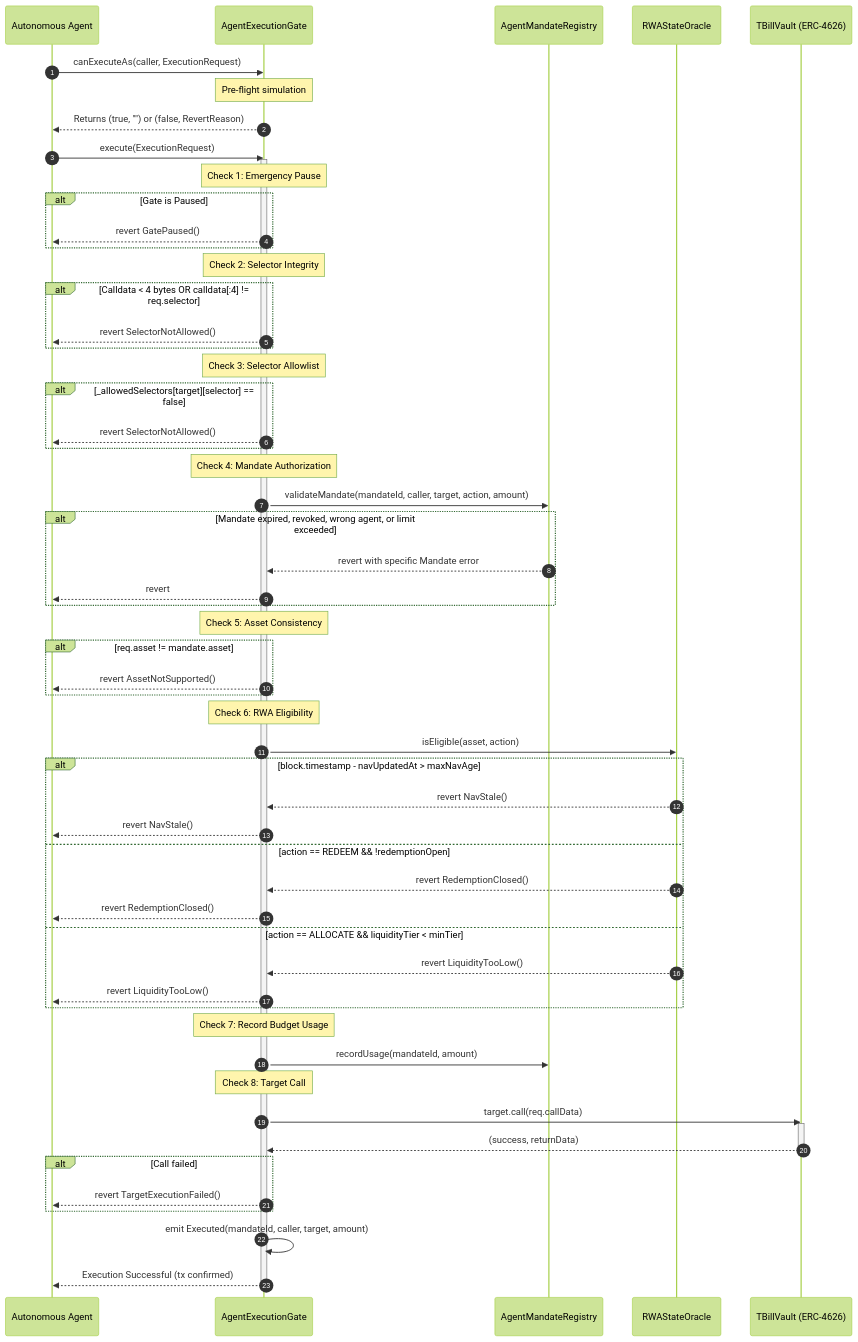
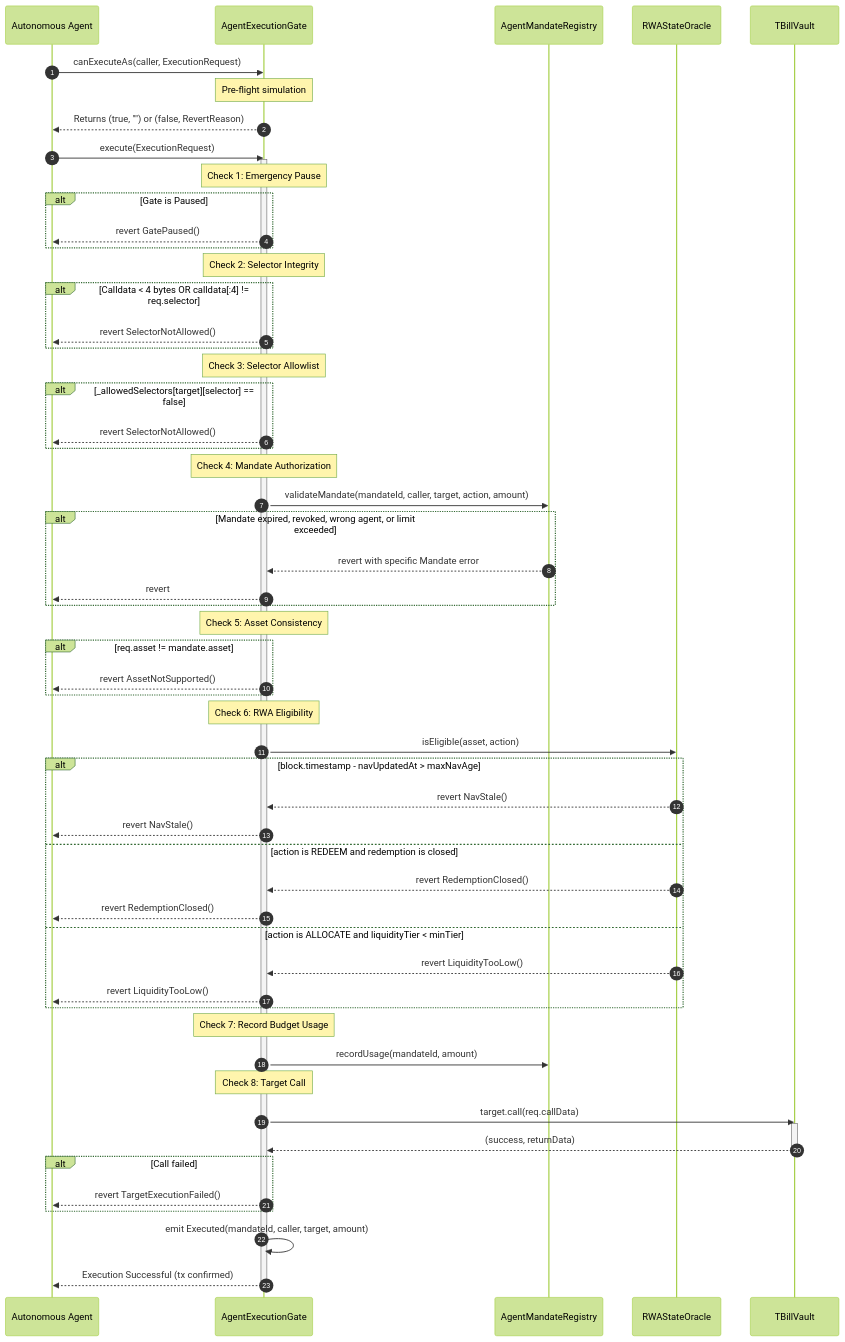
Before and after one commit to Prithiv04/T-BillFlow: the second of 2 diagrams in README.md, drawn with Mermaid (forest theme). The commit also changed other lines of this file, not shown here.

````diff
--- a/README.md
+++ b/README.md
@@ -149,73 +149,73 @@
 ```mermaid
 sequenceDiagram
     autonumber
     participant Agent as Autonomous Agent
     participant Gate as AgentExecutionGate
     participant Registry as AgentMandateRegistry
     participant Oracle as RWAStateOracle
-    participant Target as TBillVault (ERC-4626)
+    participant Target as TBillVault
 
     Agent->>Gate: canExecuteAs(caller, ExecutionRequest)
     Note over Gate: Pre-flight simulation
     Gate-->>Agent: Returns (true, "") or (false, RevertReason)
 
     Agent->>Gate: execute(ExecutionRequest)
     activate Gate
 
     Note over Gate: Check 1: Emergency Pause
     alt Gate is Paused
         Gate-->>Agent: revert GatePaused()
     end
 
     Note over Gate: Check 2: Selector Integrity
     alt Calldata < 4 bytes OR calldata[:4] != req.selector
         Gate-->>Agent: revert SelectorNotAllowed()
     end
 
     Note over Gate: Check 3: Selector Allowlist
     alt _allowedSelectors[target][selector] == false
         Gate-->>Agent: revert SelectorNotAllowed()
     end
 
     Note over Gate: Check 4: Mandate Authorization
     Gate->>Registry: validateMandate(mandateId, caller, target, action, amount)
     alt Mandate expired, revoked, wrong agent, or limit exceeded
         Registry-->>Gate: revert with specific Mandate error
         Gate-->>Agent: revert
     end
 
     Note over Gate: Check 5: Asset Consistency
     alt req.asset != mandate.asset
         Gate-->>Agent: revert AssetNotSupported()
     end
 
     Note over Gate: Check 6: RWA Eligibility
     Gate->>Oracle: isEligible(asset, action)
     alt block.timestamp - navUpdatedAt > maxNavAge
         Oracle-->>Gate: revert NavStale()
         Gate-->>Agent: revert NavStale()
-    else action == REDEEM && !redemptionOpen
+    else action is REDEEM and redemption is closed
         Oracle-->>Gate: revert RedemptionClosed()
         Gate-->>Agent: revert RedemptionClosed()
-    else action == ALLOCATE && liquidityTier < minTier
+    else action is ALLOCATE and liquidityTier < minTier
         Oracle-->>Gate: revert LiquidityTooLow()
         Gate-->>Agent: revert LiquidityTooLow()
     end
 
     Note over Gate: Check 7: Record Budget Usage
     Gate->>Registry: recordUsage(mandateId, amount)
 
     Note over Gate: Check 8: Target Call
     Gate->>Target: target.call(req.callData)
     activate Target
     Target-->>Gate: (success, returnData)
     deactivate Target
 
     alt Call failed
         Gate-->>Agent: revert TargetExecutionFailed()
     end
 
     Gate->>Gate: emit Executed(mandateId, caller, target, amount)
     Gate-->>Agent: Execution Successful (tx confirmed)
     deactivate Gate
 ```
````
